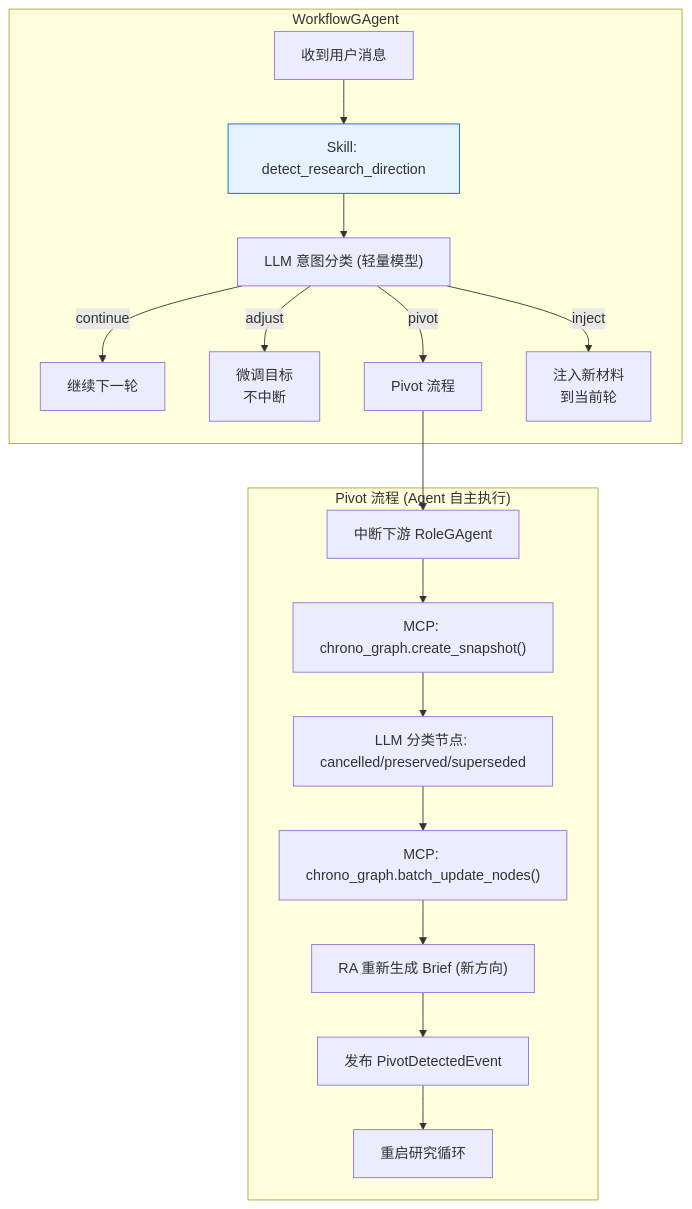
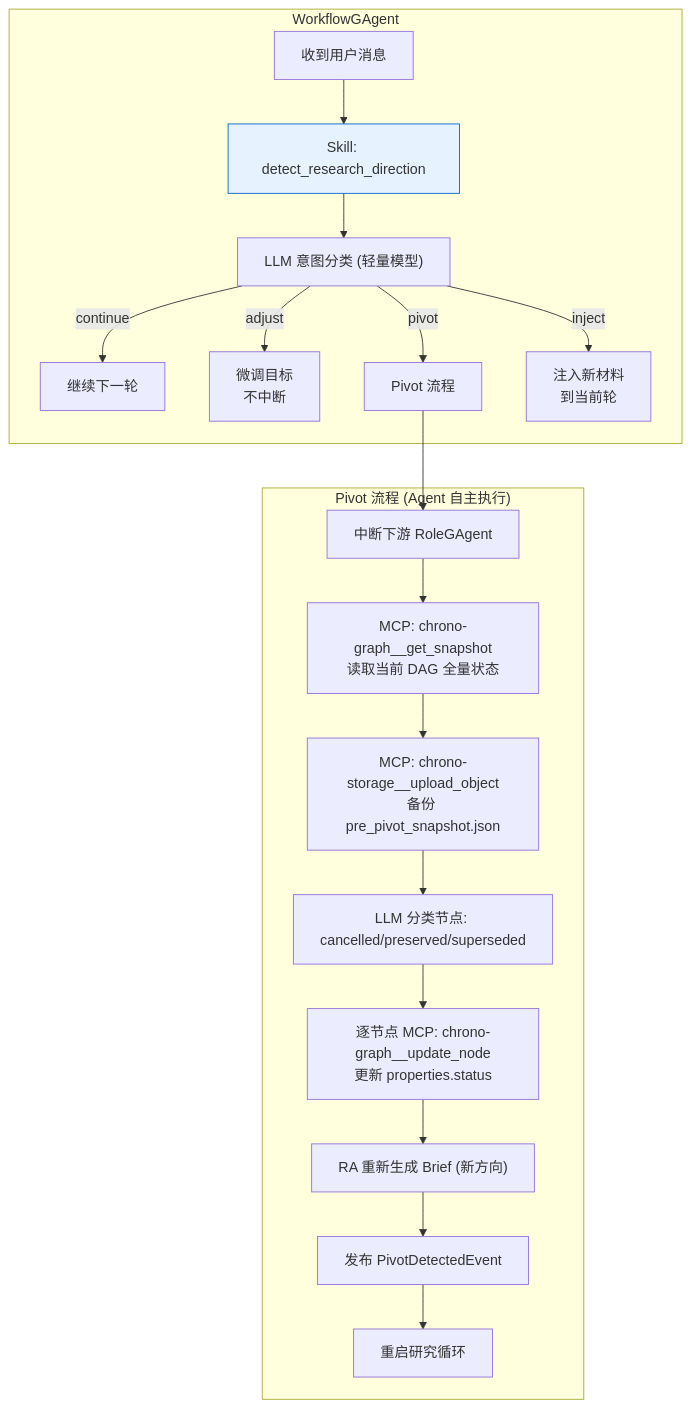
The fourth of 14 diagrams in apps/sisyphus/docs/Architecture.md (aevatarAI/aevatar), drawn with Mermaid before and after one commit. The commit also changed other lines of this file, not shown here.

Commit message:
Architecture update

````diff
--- a/apps/sisyphus/docs/Architecture.md
+++ b/apps/sisyphus/docs/Architecture.md
@@ -256,27 +362,28 @@
 ```mermaid
 flowchart TB
     subgraph "WorkflowGAgent"
         MSG["收到用户消息"]
         SKILL["Skill: detect_research_direction"]
         ANALYZE["LLM 意图分类 (轻量模型)"]
 
         MSG --> SKILL --> ANALYZE
 
         ANALYZE -->|"continue"| CONTINUE["继续下一轮"]
         ANALYZE -->|"adjust"| ADJUST["微调目标<br/>不中断"]
         ANALYZE -->|"pivot"| PIVOT["Pivot 流程"]
         ANALYZE -->|"inject"| INJECT["注入新材料<br/>到当前轮"]
     end
 
     subgraph "Pivot 流程 (Agent 自主执行)"
         PIVOT --> P1["中断下游 RoleGAgent"]
-        P1 --> P2["MCP: chrono_graph.create_snapshot()"]
-        P2 --> P3["LLM 分类节点: cancelled/preserved/superseded"]
-        P3 --> P4["MCP: chrono_graph.batch_update_nodes()"]
+        P1 --> P2["MCP: chrono-graph__get_snapshot<br/>读取当前 DAG 全量状态"]
+        P2 --> P2B["MCP: chrono-storage__upload_object<br/>备份 pre_pivot_snapshot.json"]
+        P2B --> P3["LLM 分类节点: cancelled/preserved/superseded"]
+        P3 --> P4["逐节点 MCP: chrono-graph__update_node<br/>更新 properties.status"]
         P4 --> P5["RA 重新生成 Brief (新方向)"]
         P5 --> P6["发布 PivotDetectedEvent"]
         P6 --> CONTINUE2["重启研究循环"]
     end
 
     style SKILL fill:#e6f3ff,stroke:#0066cc
 ```
````
